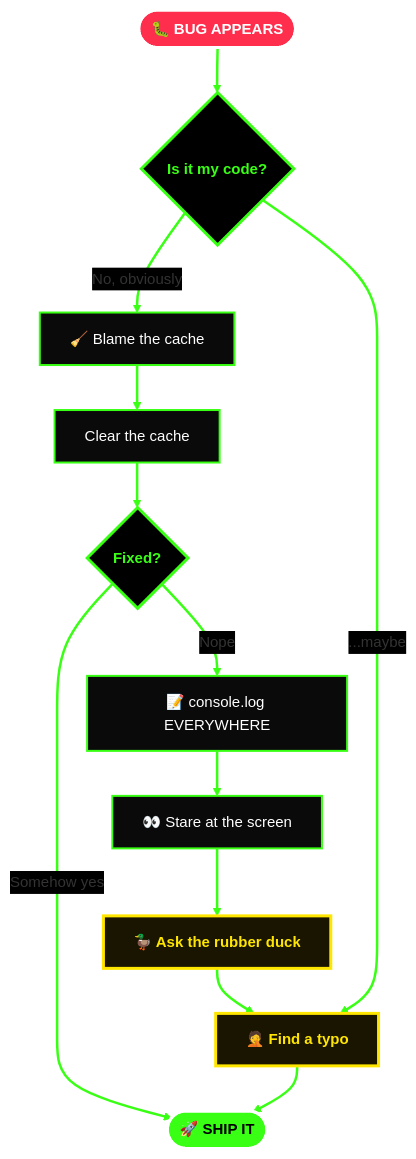
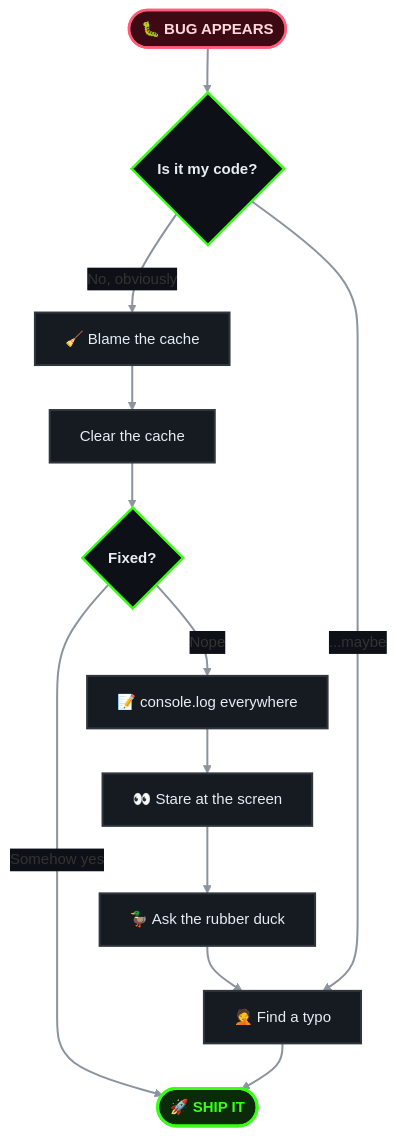
One commit to TanmayChauhan123/TanmayChauhan123 changed the diagram in README.md. Above: the diagram before and after it, drawn with Mermaid. The commit also changed other lines of this file, not shown here.

````diff
--- a/README.md
+++ b/README.md
@@ -162,22 +162,21 @@
 ```mermaid
-%%{init: {'theme':'base','flowchart':{'curve':'basis','nodeSpacing':40,'rankSpacing':45},'themeVariables':{'fontFamily':'monospace','fontSize':'15px','lineColor':'#39FF14','edgeLabelBackground':'#000000','textColor':'#39FF14'}}}%%
+%%{init: {'theme':'base','flowchart':{'curve':'basis','nodeSpacing':40,'rankSpacing':45},'themeVariables':{'fontFamily':'monospace','fontSize':'15px','lineColor':'#8b949e','edgeLabelBackground':'#0d1117','textColor':'#e6edf3'}}}%%
 flowchart TD
     A(["🐛 BUG APPEARS"]):::bug --> B{"Is it my code?"}:::decision
     B -->|"No, obviously"| C["🧹 Blame the cache"]:::step
     C --> D["Clear the cache"]:::step
     D --> E{"Fixed?"}:::decision
-    E -->|"Nope"| F["📝 console.log EVERYWHERE"]:::step
+    E -->|"Nope"| F["📝 console.log everywhere"]:::step
     F --> G["👀 Stare at the screen"]:::step
-    G --> H["🦆 Ask the rubber duck"]:::funny
-    H --> I["🤦 Find a typo"]:::funny
+    G --> H["🦆 Ask the rubber duck"]:::step
+    H --> I["🤦 Find a typo"]:::step
     B -->|"...maybe"| I
     E -->|"Somehow yes"| J(["🚀 SHIP IT"]):::ship
     I --> J
 
-    classDef bug fill:#ff2e4d,stroke:#ffffff,stroke-width:3px,color:#ffffff,font-weight:bold
-    classDef decision fill:#000000,stroke:#39FF14,stroke-width:3px,color:#39FF14,font-weight:bold
-    classDef step fill:#0a0a0a,stroke:#39FF14,stroke-width:2px,color:#ffffff
-    classDef funny fill:#1a1500,stroke:#ffe600,stroke-width:3px,color:#ffe600,font-weight:bold
-    classDef ship fill:#39FF14,stroke:#ffffff,stroke-width:3px,color:#000000,font-weight:bold
-    linkStyle default stroke:#39FF14,stroke-width:2.5px
+    classDef bug fill:#3d0a14,stroke:#ff5c7a,stroke-width:2.5px,color:#ffd6dd,font-weight:bold
+    classDef decision fill:#0d1117,stroke:#39FF14,stroke-width:2.5px,color:#e6edf3,font-weight:bold
+    classDef step fill:#161b22,stroke:#30363d,stroke-width:2px,color:#e6edf3
+    classDef ship fill:#0a2a0a,stroke:#39FF14,stroke-width:3px,color:#39FF14,font-weight:bold
+    linkStyle default stroke:#8b949e,stroke-width:2px
 ```
````
